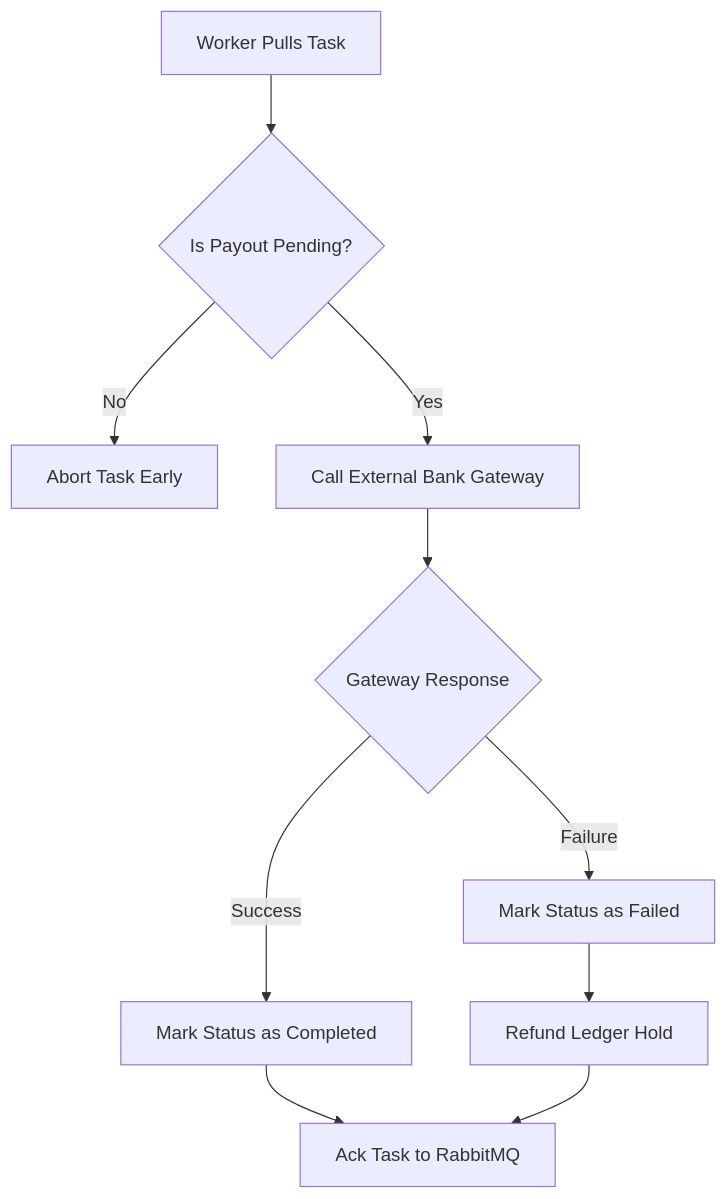
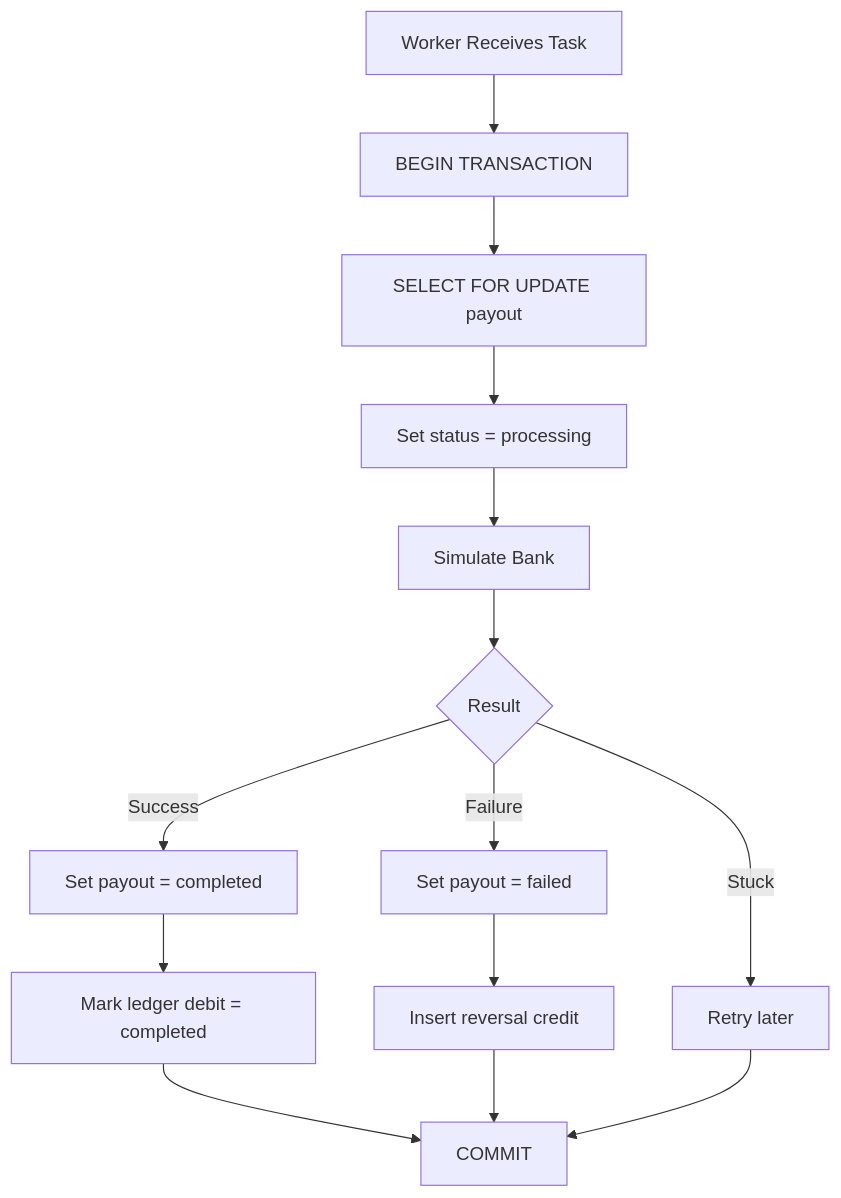
One commit to Mohib4241/playto_be_core changed the second of 2 diagrams in EXPLAINER.md. Above: the diagram before and after it, drawn with Mermaid. The commit also changed other lines of this file and 4 other files, not shown here.

Commit message:
feat: Implement single-transaction worker flow and idempotency expiration

````diff
--- a/EXPLAINER.md
+++ b/EXPLAINER.md
@@ -110,12 +113,16 @@
 ```mermaid
 graph TD
-    A[Worker Pulls Task] --> B{Is Payout Pending?}
-    B -- No --> C[Abort Task Early]
-    B -- Yes --> D[Call External Bank Gateway]
-    D --> E{Gateway Response}
-    E -- Success --> F[Mark Status as Completed]
-    E -- Failure --> G[Mark Status as Failed]
-    G --> H[Refund Ledger Hold]
-    F --> I[Ack Task to RabbitMQ]
-    H --> I
+    A[Worker Receives Task] --> B[BEGIN TRANSACTION]
+    B --> C[SELECT FOR UPDATE payout]
+    C --> D[Set status = processing]
+    D --> E[Simulate Bank]
+    E --> F{Result}
+    F -->|Success| G[Set payout = completed]
+    G --> H[Mark ledger debit = completed]
+    F -->|Failure| I[Set payout = failed]
+    I --> J[Insert reversal credit]
+    F -->|Stuck| K[Retry later]
+    H --> L[COMMIT]
+    J --> L
+    K --> L
 ```
````
